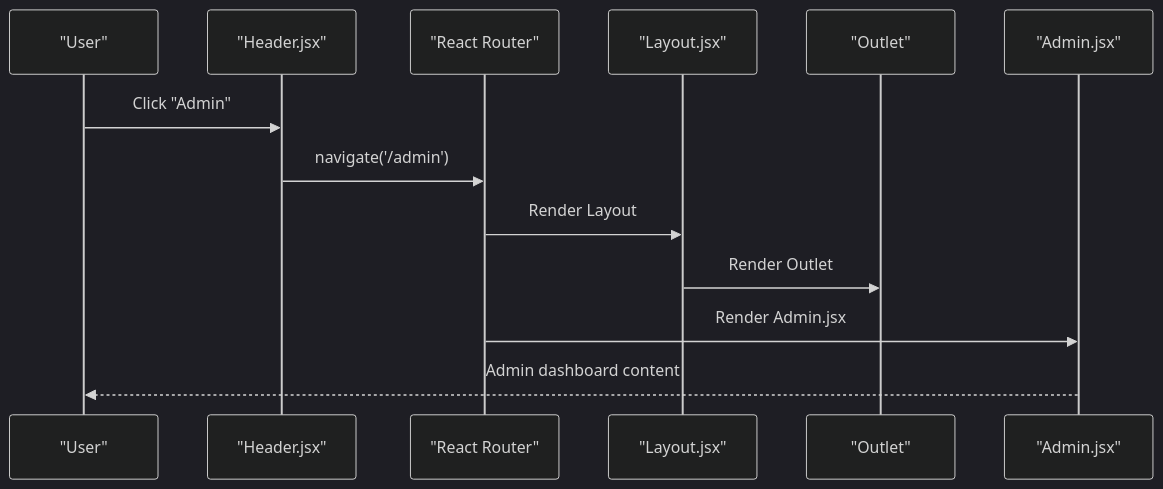
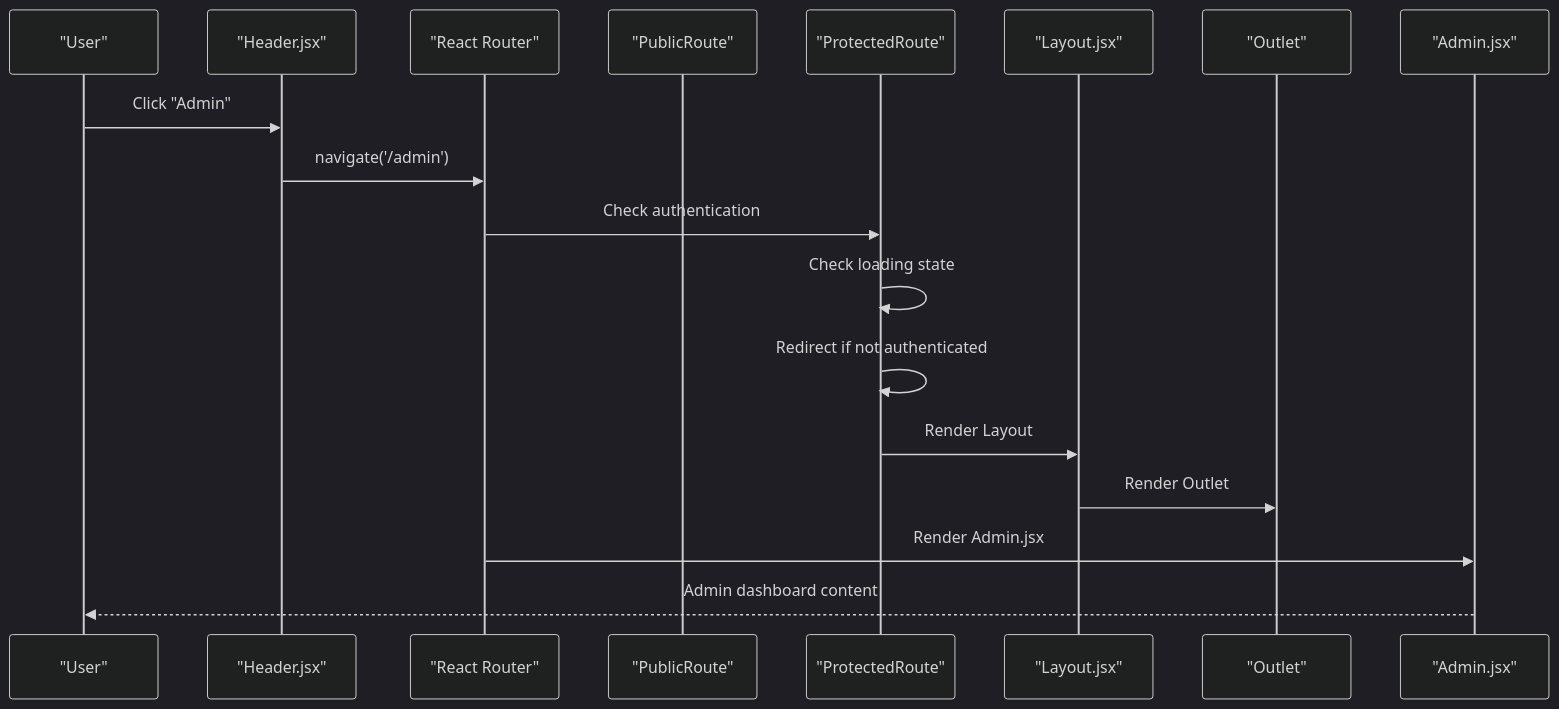
Diagram 11 of 12 in .qoder/repowiki/en/content/Frontend Architecture/Routing System & Navigation.md (Aryan9060/Timetable-Project), drawn with Mermaid (dark theme) before and after one commit. The commit also changed other lines of this file and 7 other files, not shown here.

````diff
--- a/.qoder/repowiki/en/content/Frontend Architecture/Routing System & Navigation.md
+++ b/.qoder/repowiki/en/content/Frontend Architecture/Routing System & Navigation.md
@@ -332,15 +510,20 @@
 ```mermaid
 sequenceDiagram
 participant User as "User"
 participant Header as "Header.jsx"
 participant Router as "React Router"
+participant PublicRoute as "PublicRoute"
+participant ProtectedRoute as "ProtectedRoute"
 participant Layout as "Layout.jsx"
 participant Outlet as "Outlet"
 participant Admin as "Admin.jsx"
 User->>Header : Click "Admin"
 Header->>Router : navigate('/admin')
-Router->>Layout : Render Layout
+Router->>ProtectedRoute : Check authentication
+ProtectedRoute->>ProtectedRoute : Check loading state
+ProtectedRoute->>ProtectedRoute : Redirect if not authenticated
+ProtectedRoute->>Layout : Render Layout
 Layout->>Outlet : Render Outlet
 Router->>Admin : Render Admin.jsx
 Admin-->>User : Admin dashboard content
 ```
````
